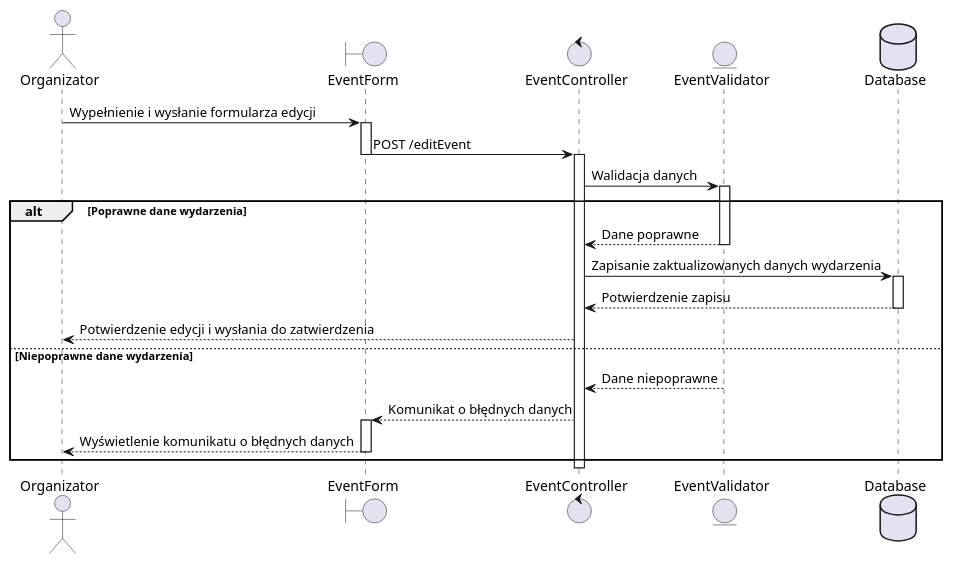
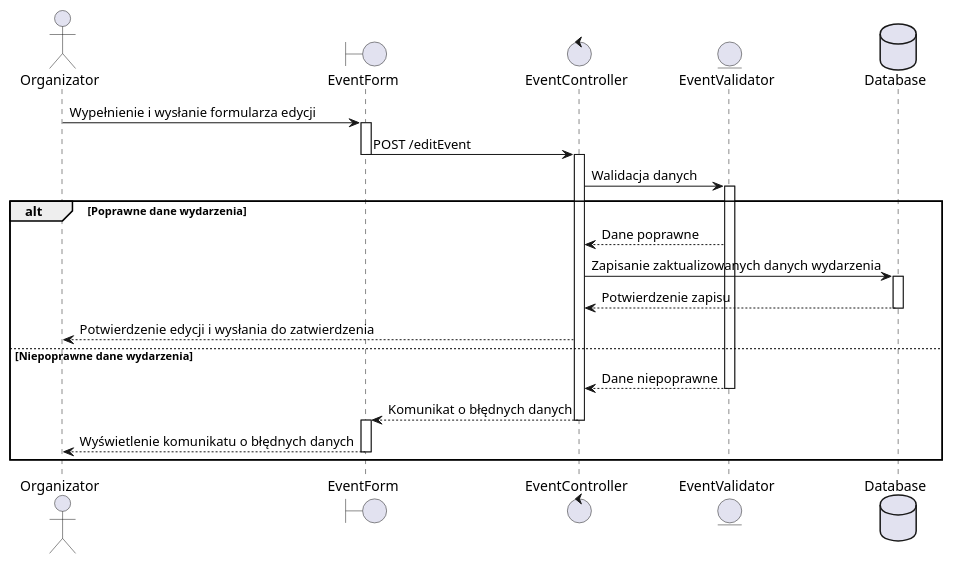
One commit to Tkapcer/SystemSprzedazyBiletow changed the diagram in Diagramy/Sekwencji/EdycjaWydarzenia.puml. Above: the diagram before and after it, drawn with PlantUML. The commit also changed 3 other files, not shown here.

Commit message:
Poprawki diagramów sekwencji

```diff
--- a/Diagramy/Sekwencji/EdycjaWydarzenia.puml
+++ b/Diagramy/Sekwencji/EdycjaWydarzenia.puml
@@ -1,32 +1,32 @@
 @startuml
 actor Organizator
-boundary EventForm  /'Formularz edycji wydarzenia'/ 
-control EventController  /'Kontroler zarządzający logiką edycji wydarzenia'/ 
-entity EventValidator  /'Walidator danych wydarzenia'/ 
+boundary EventForm  /'Formularz edycji wydarzenia'/
+control EventController  /'Kontroler zarządzający logiką edycji wydarzenia'/
+entity EventValidator  /'Walidator danych wydarzenia'/
 database Database
 
 Organizator -> EventForm: Wypełnienie i wysłanie formularza edycji
 activate EventForm
 EventForm -> EventController: POST /editEvent
 deactivate EventForm
 activate EventController
 EventController -> EventValidator: Walidacja danych
 activate EventValidator
 
 alt Poprawne dane wydarzenia
     EventValidator --> EventController: Dane poprawne
-    deactivate EventValidator
     EventController -> Database: Zapisanie zaktualizowanych danych wydarzenia
     activate Database
     Database --> EventController: Potwierdzenie zapisu
     deactivate Database
     EventController --> Organizator: Potwierdzenie edycji i wysłania do zatwierdzenia
 else Niepoprawne dane wydarzenia
     EventValidator --> EventController: Dane niepoprawne
     deactivate EventValidator
     EventController --> EventForm: Komunikat o błędnych danych
+    deactivate EventController
     activate EventForm
     EventForm --> Organizator: Wyświetlenie komunikatu o błędnych danych
     deactivate EventForm
 end
 @enduml
```
